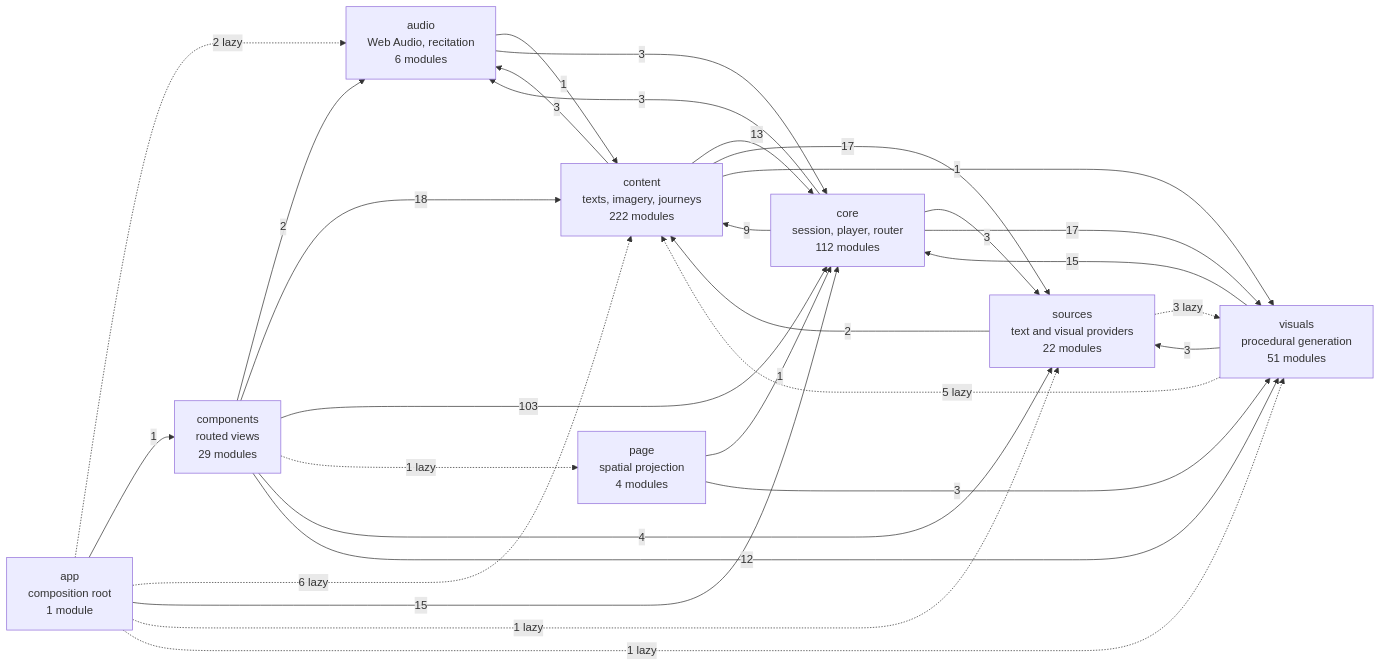
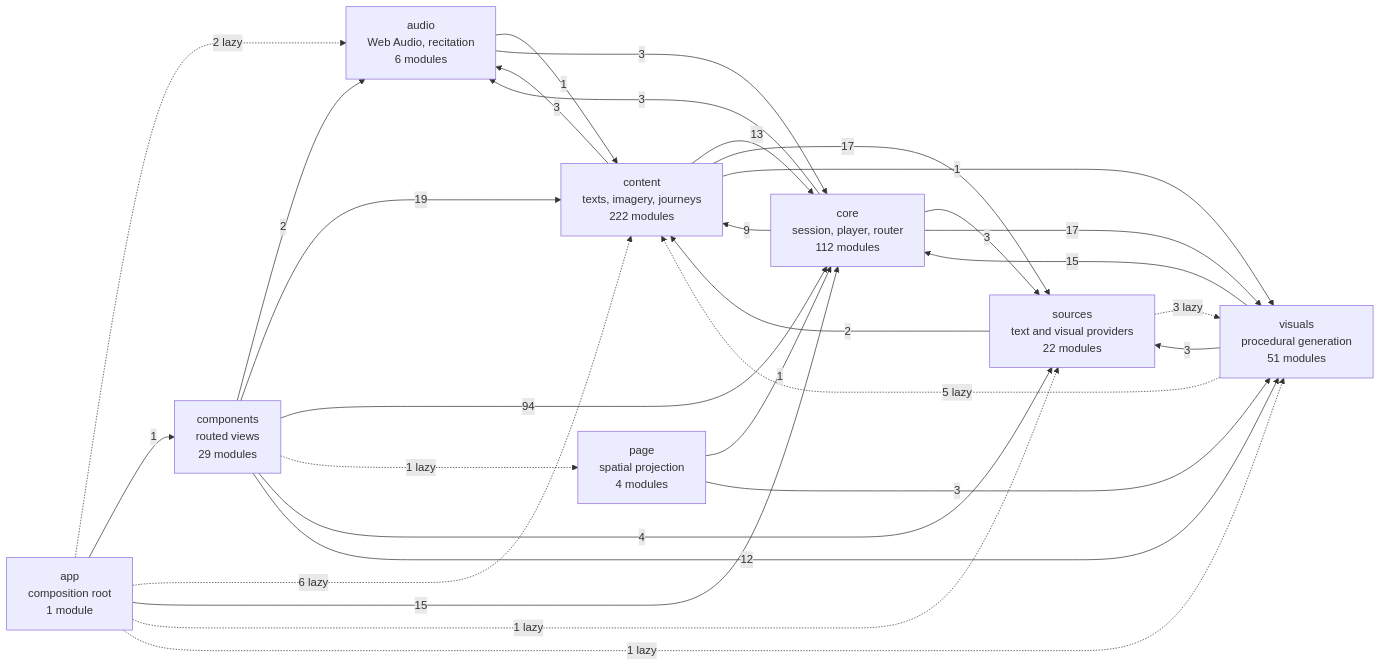
Before and after one commit to SyberLabs/RISE: the diagram in docs/specs/ARCHITECTURE.md, drawn with Mermaid. The commit also changed other lines of this file and 41 other files, not shown here.

````diff
--- a/docs/specs/ARCHITECTURE.md
+++ b/docs/specs/ARCHITECTURE.md
@@ -149,41 +149,41 @@
 ```mermaid
 flowchart LR
     app["app<br/>composition root<br/>1 module"]
     audio["audio<br/>Web Audio, recitation<br/>6 modules"]
     components["components<br/>routed views<br/>29 modules"]
     content["content<br/>texts, imagery, journeys<br/>222 modules"]
     core["core<br/>session, player, router<br/>112 modules"]
     page["page<br/>spatial projection<br/>4 modules"]
     sources["sources<br/>text and visual providers<br/>22 modules"]
     visuals["visuals<br/>procedural generation<br/>51 modules"]
 
     app -.-> |2 lazy| audio
     app --> |1| components
     app -.-> |6 lazy| content
     app --> |15| core
     app -.-> |1 lazy| sources
     app -.-> |1 lazy| visuals
     audio --> |1| content
     audio --> |3| core
     components --> |2| audio
-    components --> |18| content
-    components --> |103| core
+    components --> |19| content
+    components --> |94| core
     components -.-> |1 lazy| page
     components --> |4| sources
     components --> |12| visuals
     content --> |3| audio
     content --> |13| core
     content --> |17| sources
     content --> |1| visuals
     core --> |3| audio
     core --> |9| content
     core --> |3| sources
     core --> |17| visuals
     page --> |1| core
     page --> |3| visuals
     sources --> |2| content
     sources -.-> |3 lazy| visuals
     visuals -.-> |5 lazy| content
     visuals --> |15| core
     visuals --> |3| sources
 ```
````
